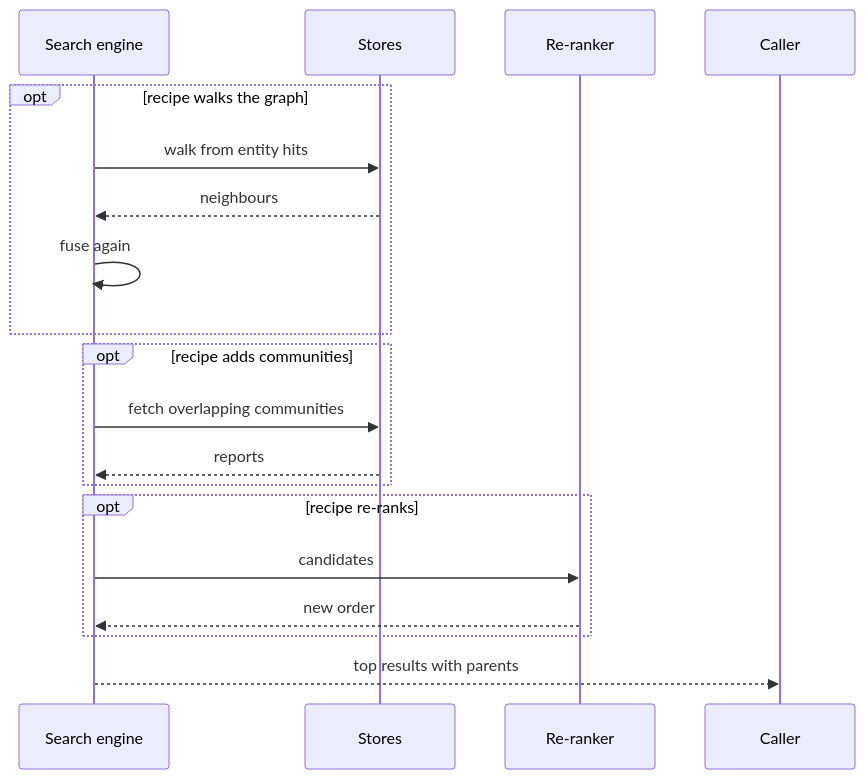
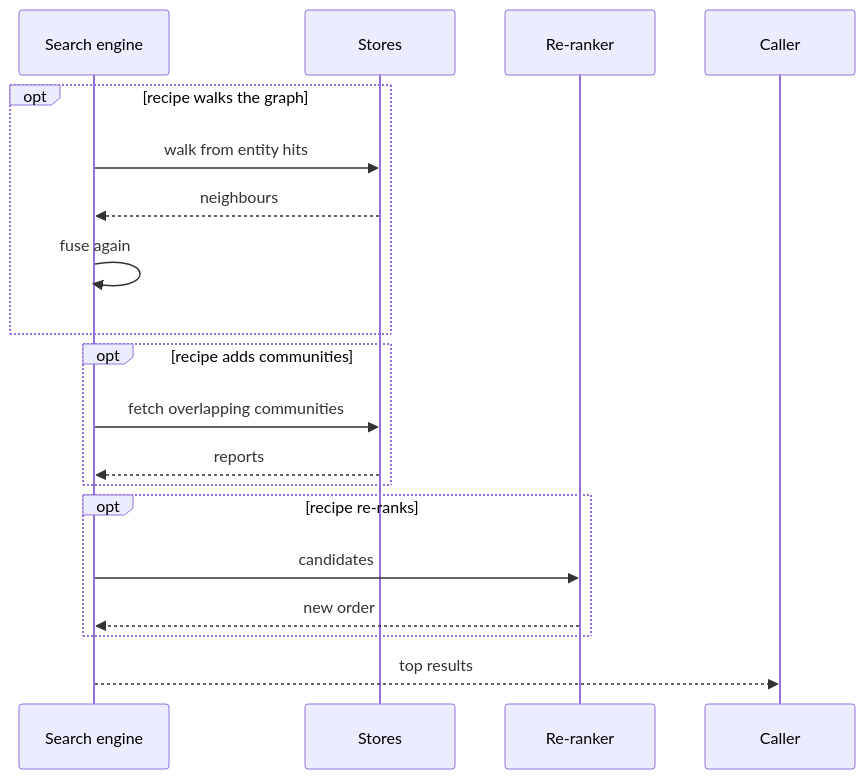
The third of 3 diagrams in docs/docs/concepts/retrieval.mdx (ontogr/agentic-graphrag), drawn with Mermaid before and after one commit. The commit also changed other lines of this file and 436 other files, not shown here.

First line of the commit message:
feat: Store document hierarchy in the graph (#81)

````diff
--- a/docs/docs/concepts/retrieval.mdx
+++ b/docs/docs/concepts/retrieval.mdx
@@ -63,21 +63,21 @@
 ```mermaid
 sequenceDiagram
     participant E as Search engine
     participant S as Stores
     participant R as Re-ranker
     participant U as Caller
     opt recipe walks the graph
         E->>S: walk from entity hits
         S-->>E: neighbours
         E->>E: fuse again
     end
     opt recipe adds communities
         E->>S: fetch overlapping communities
         S-->>E: reports
     end
     opt recipe re-ranks
         E->>R: candidates
         R-->>E: new order
     end
-    E-->>U: top results with parents
+    E-->>U: top results
 ```
````
